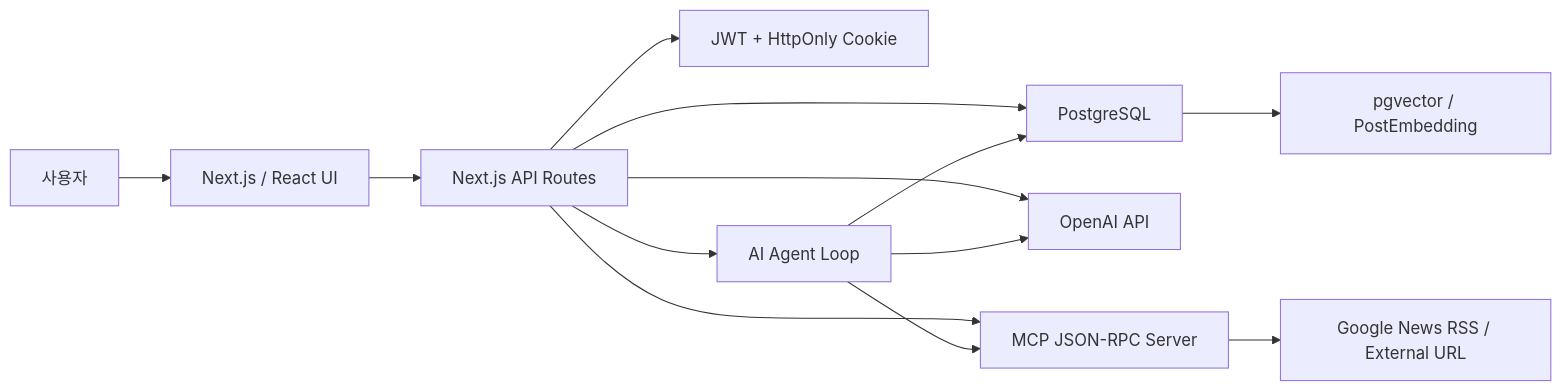
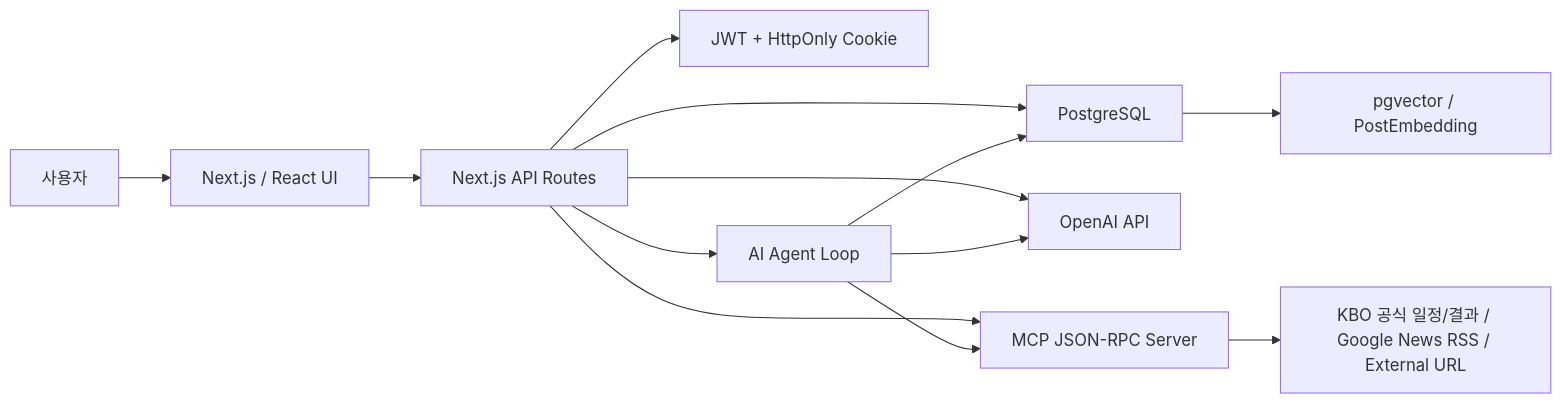
Before and after one commit to seok3m4/AI_w15-16: the diagram in README.md, drawn with Mermaid. The commit also changed other lines of this file and 6 other files, not shown here.

````diff
--- a/README.md
+++ b/README.md
@@ -103,15 +104,15 @@
 ```mermaid
 flowchart LR
     User["사용자"] --> Web["Next.js / React UI"]
     Web --> API["Next.js API Routes"]
     API --> Auth["JWT + HttpOnly Cookie"]
     API --> DB["PostgreSQL"]
     DB --> Vector["pgvector / PostEmbedding"]
     API --> OpenAI["OpenAI API"]
     API --> MCP["MCP JSON-RPC Server"]
-    MCP --> External["Google News RSS / External URL"]
+    MCP --> External["KBO 공식 일정/결과 / Google News RSS / External URL"]
     API --> Agent["AI Agent Loop"]
     Agent --> OpenAI
     Agent --> DB
     Agent --> MCP
 ```
````
